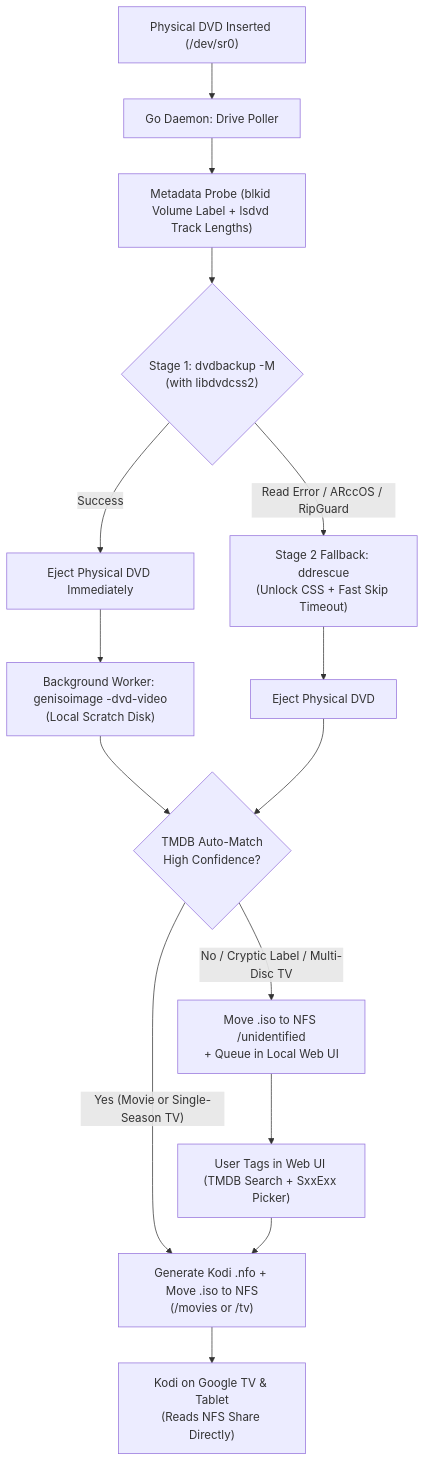
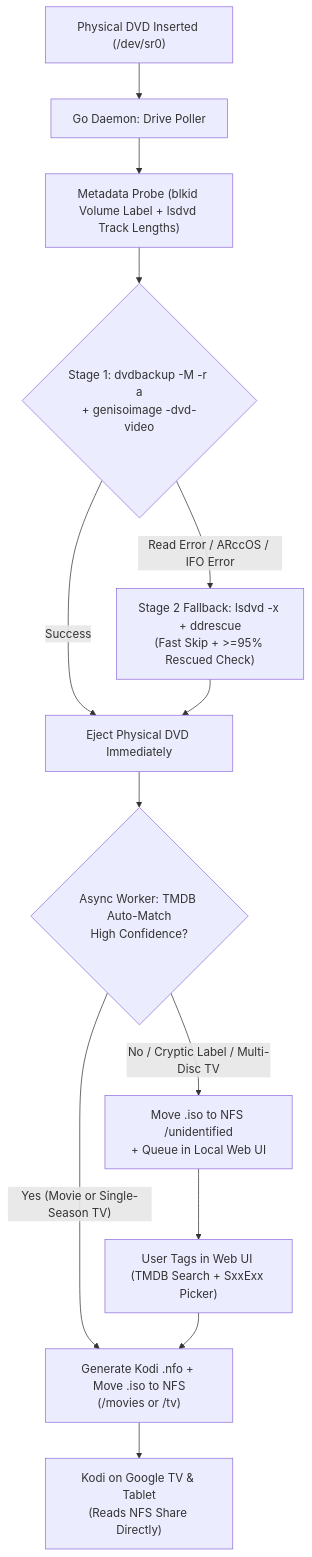
The diagram in INTENT.md (brotherlogic/hometheatre), drawn with Mermaid before and after one commit. The commit also changed other lines of this file and 1 other file, not shown here.

Commit message:
docs: add RIPPING.md with two-stage DVD ISO ripping and libdvdcss2 specs (#3)

````diff
--- a/INTENT.md
+++ b/INTENT.md
@@ -14,17 +14,15 @@
 ```mermaid
 flowchart TD
     A["Physical DVD Inserted (/dev/sr0)"] --> B["Go Daemon: Drive Poller"]
     B --> C["Metadata Probe (blkid Volume Label + lsdvd Track Lengths)"]
-    C --> D{"Stage 1: dvdbackup -M\n(with libdvdcss2)"}
+    C --> D{"Stage 1: dvdbackup -M -r a\n+ genisoimage -dvd-video"}
     D -- "Success" --> E["Eject Physical DVD Immediately"]
-    E --> F["Background Worker: genisoimage -dvd-video\n(Local Scratch Disk)"]
-    D -- "Read Error / ARccOS / RipGuard" --> G["Stage 2 Fallback: ddrescue\n(Unlock CSS + Fast Skip Timeout)"]
-    G --> H["Eject Physical DVD"]
-    F --> I{"TMDB Auto-Match\nHigh Confidence?"}
-    H --> I
+    D -- "Read Error / ARccOS / IFO Error" --> G["Stage 2 Fallback: lsdvd -x + ddrescue\n(Fast Skip + >=95% Rescued Check)"]
+    G --> E
+    E --> I{"Async Worker: TMDB Auto-Match\nHigh Confidence?"}
     I -- "Yes (Movie or Single-Season TV)" --> J["Generate Kodi .nfo + Move .iso to NFS\n(/movies or /tv)"]
     I -- "No / Cryptic Label / Multi-Disc TV" --> K["Move .iso to NFS /unidentified\n+ Queue in Local Web UI"]
     K --> L["User Tags in Web UI (TMDB Search + SxxExx Picker)"]
     L --> J
     J --> M["Kodi on Google TV & Tablet\n(Reads NFS Share Directly)"]
 ```
````
